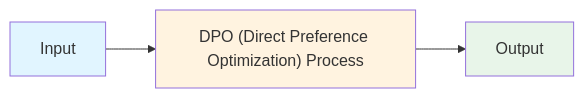
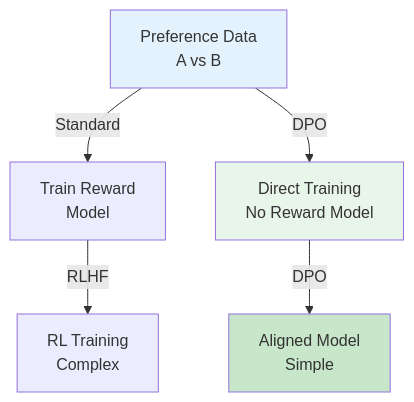
The first of 2 diagrams in llm/concepts/dpo.md (souradeepta/interviewprep-ai), drawn with Mermaid before and after one commit. The commit also changed other lines of this file and 33 other files, not shown here.

````diff
--- a/llm/concepts/dpo.md
+++ b/llm/concepts/dpo.md
@@ -71,9 +71,10 @@
 ```mermaid
-graph LR
-    A["Input"] --> B["DPO (Direct Preference Optimization) Process"]
-    B --> C["Output"]
-
-    style A fill:#e1f5ff
-    style B fill:#fff3e0
+graph TD
+    A["Preference Data<br/>A vs B"] -->|Standard| B["Train Reward<br/>Model"]
+    A -->|DPO| C["Direct Training<br/>No Reward Model"]
+    B -->|RLHF| D["RL Training<br/>Complex"]
+    C -->|DPO| E["Aligned Model<br/>Simple"]
+    style A fill:#e3f2fd
     style C fill:#e8f5e9
+    style E fill:#c8e6c9
 ```
````
